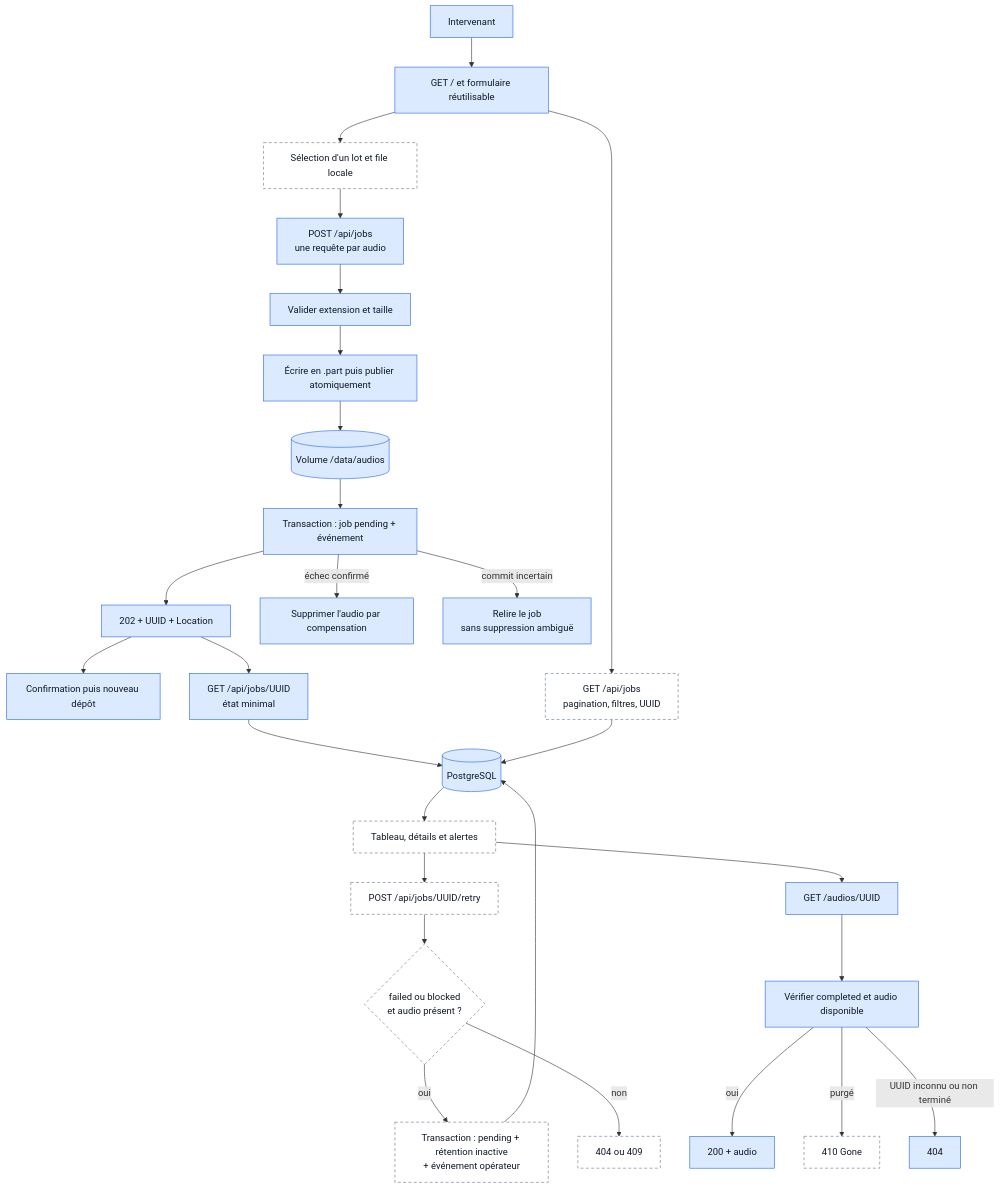
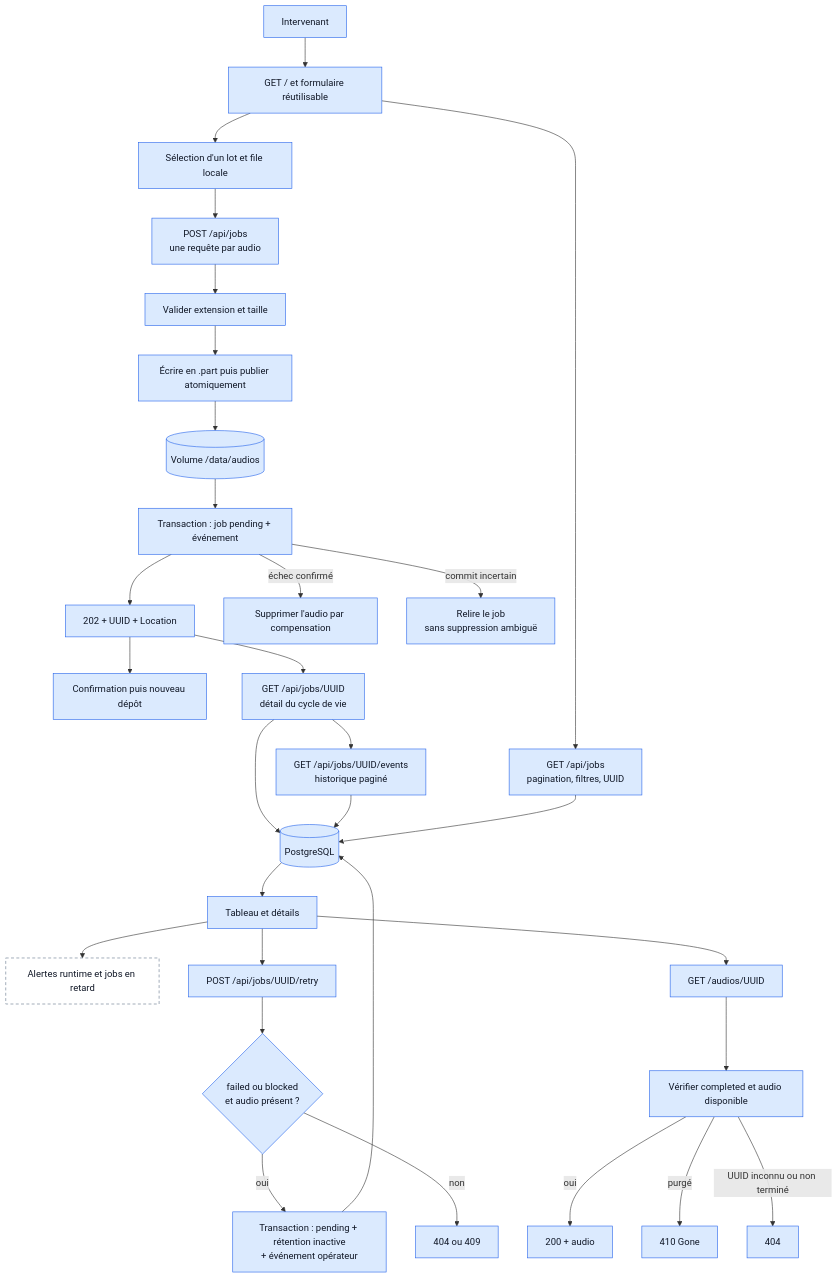
The third of 6 diagrams in docs/mvp-architecture.md (dev-vauclaire/mevo2glpi), drawn with Mermaid before and after one commit. The commit also changed other lines of this file and 34 other files, not shown here.

````diff
--- a/docs/mvp-architecture.md
+++ b/docs/mvp-architecture.md
@@ -448,36 +449,39 @@
 ```mermaid
 flowchart TD
     User[Intervenant]:::implemented --> Home[GET / et formulaire réutilisable]:::implemented
-    Home --> Batch[Sélection d'un lot et file locale]:::future
+    Home --> Batch[Sélection d'un lot et file locale]:::implemented
     Batch --> Post[POST /api/jobs<br/>une requête par audio]:::implemented
 
     Post --> Validate[Valider extension et taille]:::implemented
     Validate --> Atomic[Écrire en .part puis publier atomiquement]:::implemented
     Atomic --> Store[(Volume /data/audios)]:::implemented
     Store --> Insert[Transaction : job pending + événement]:::implemented
     Insert --> Accepted[202 + UUID + Location]:::implemented
     Accepted --> Confirm[Confirmation puis nouveau dépôt]:::implemented
     Insert -->|échec confirmé| Compensate[Supprimer l'audio par compensation]:::implemented
     Insert -->|commit incertain| Reconcile[Relire le job<br/>sans suppression ambiguë]:::implemented
 
-    Home --> List[GET /api/jobs<br/>pagination, filtres, UUID]:::future
-    Accepted --> Detail[GET /api/jobs/UUID<br/>état minimal]:::implemented
+    Home --> List[GET /api/jobs<br/>pagination, filtres, UUID]:::implemented
+    Accepted --> Detail[GET /api/jobs/UUID<br/>détail du cycle de vie]:::implemented
     Detail --> Database[(PostgreSQL)]:::implemented
+    Detail --> Events[GET /api/jobs/UUID/events<br/>historique paginé]:::implemented
+    Events --> Database
     List --> Database
-    Database --> Dashboard[Tableau, détails et alertes]:::future
+    Database --> Dashboard[Tableau et détails]:::implemented
+    Dashboard --> Alerts[Alertes runtime et jobs en retard]:::future
 
-    Dashboard --> Retry[POST /api/jobs/UUID/retry]:::future
-    Retry --> RetryGate{failed ou blocked<br/>et audio présent ?}:::future
-    RetryGate -->|oui| Rearm[Transaction : pending + rétention inactive<br/>+ événement opérateur]:::future
-    RetryGate -->|non| Conflict[404 ou 409]:::future
+    Dashboard --> Retry[POST /api/jobs/UUID/retry]:::implemented
+    Retry --> RetryGate{failed ou blocked<br/>et audio présent ?}:::implemented
+    RetryGate -->|oui| Rearm[Transaction : pending + rétention inactive<br/>+ événement opérateur]:::implemented
+    RetryGate -->|non| Conflict[404 ou 409]:::implemented
     Rearm --> Database
 
     Dashboard --> Download[GET /audios/UUID]:::implemented
     Download --> Gate[Vérifier completed et audio disponible]:::implemented
     Gate -->|oui| Audio[200 + audio]:::implemented
-    Gate -->|purgé| Gone[410 Gone]:::future
+    Gate -->|purgé| Gone[410 Gone]:::implemented
     Gate -->|UUID inconnu ou non terminé| Missing[404]:::implemented
 
     classDef implemented fill:#dbeafe,stroke:#2563eb,color:#111827;
     classDef future fill:#fff,stroke:#64748b,color:#111827,stroke-dasharray:5 4;
 ```
````
